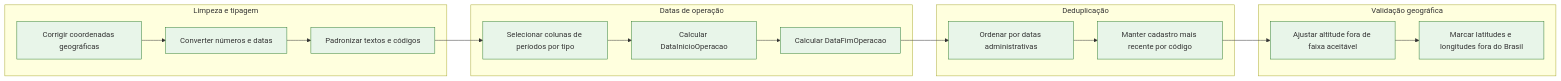
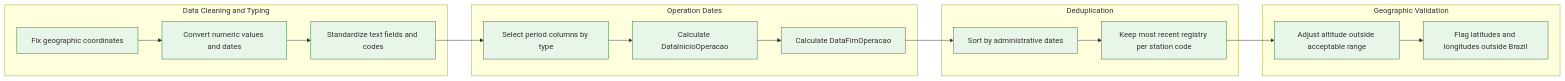
One commit to cidacslab/plataforma-clima-ambiente-readthedocs changed the third of 4 diagrams in docs/source/ana_data.rst. Above: the diagram before and after it, drawn with Mermaid. The commit also changed other lines of this file and 7 other files, not shown here.

```diff
--- a/docs/source/ana_data.rst
+++ b/docs/source/ana_data.rst
@@ -248,41 +227,38 @@
 .. mermaid::
   flowchart LR
-    subgraph S4["Limpeza e tipagem"]
-      D1["Corrigir coordenadas geográficas"]:::validacao
-      D2["Converter números e datas"]:::validacao
-      D3["Padronizar textos e códigos"]:::validacao
+    subgraph S4["Data Cleaning and Typing"]
+      D1["Fix geographic coordinates"]:::validacao
+      D2["Convert numeric values and dates"]:::validacao
+      D3["Standardize text fields and codes"]:::validacao
       D1 --> D2 --> D3
     end
 
-    subgraph S5["Datas de operação"]
-      E1["Selecionar colunas de períodos por tipo"]:::validacao
-      E2["Calcular DataInicioOperacao"]:::validacao
-      E3["Calcular DataFimOperacao"]:::validacao
+    subgraph S5["Operation Dates"]
+      E1["Select period columns by type"]:::validacao
+      E2["Calculate DataInicioOperacao"]:::validacao
+      E3["Calculate DataFimOperacao"]:::validacao
       E1 --> E2 --> E3
     end
 
-    subgraph S6["Deduplicação"]
-      F1["Ordenar por datas administrativas"]:::validacao
-      F2["Manter cadastro mais recente por código"]:::validacao
+    subgraph S6["Deduplication"]
+      F1["Sort by administrative dates"]:::validacao
+      F2["Keep most recent registry per station code"]:::validacao
       F1 --> F2
     end
 
-    subgraph S7["Validação geográfica"]
-      G1["Ajustar altitude fora de faixa aceitável"]:::validacao
-      G2["Marcar latitudes e longitudes fora do Brasil"]:::validacao
+    subgraph S7["Geographic Validation"]
+      G1["Adjust altitude outside acceptable range"]:::validacao
+      G2["Flag latitudes and longitudes outside Brazil"]:::validacao
       G1 --> G2
     end
 
-    %% Conexões entre secoes via node
-    %%S4 --> S5
+    %% Connections between sections
     D3 --> E1
-    %%S5 --> S6
     E3 --> F1
-    %%S6 --> S7
     F2 --> G1
 
-    %% Paleta de cores
+    %% Color palette
     classDef configCode fill:#fff3e0,stroke:#ef6c00;
     classDef reqCode fill:#e3f2fd,stroke:#1565c0;
     classDef validacao fill:#e8f5e9,stroke:#2e7d32;
     classDef exportacao fill:#ede7f6,stroke:#5e35b1;
```
